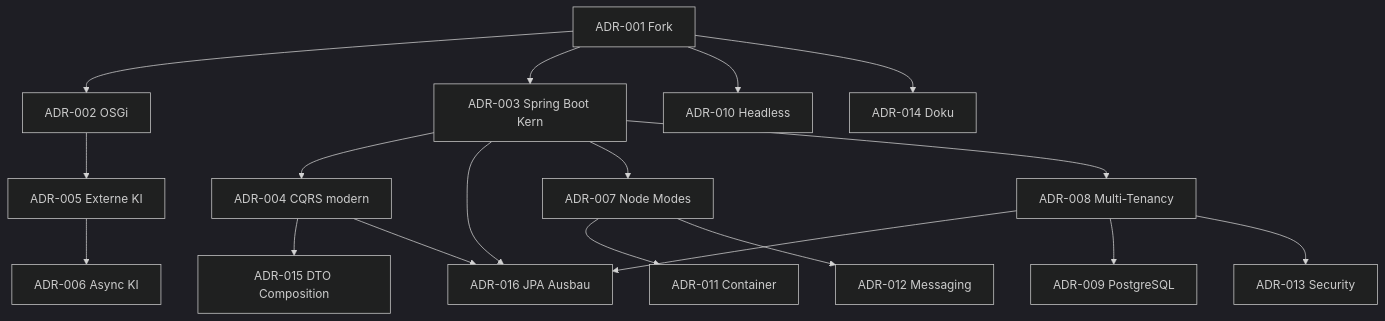
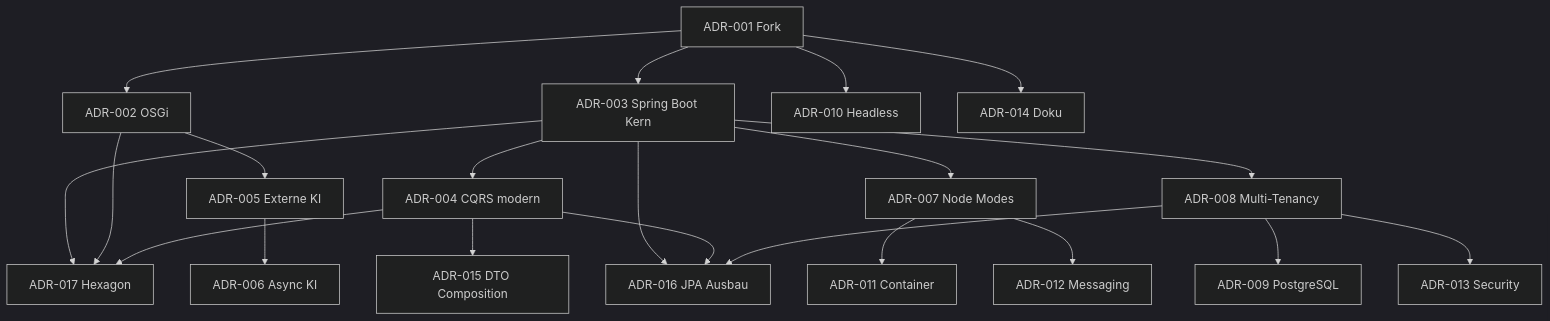
The diagram in docs/arc42/08_design_decisions.md (RainerMaxWallscheid/fineract-osgi), drawn with Mermaid (dark theme) before and after one commit. The commit also changed other lines of this file and 9 other files, not shown here.

First line of the commit message:
docs(arc42): introduce hexagonal architecture (ADR-017)

````diff
--- a/docs/arc42/08_design_decisions.md
+++ b/docs/arc42/08_design_decisions.md
@@ -43,20 +44,23 @@
 ```mermaid
 flowchart TB
     ADR001[ADR-001 Fork] --> ADR002[ADR-002 OSGi]
     ADR001 --> ADR003[ADR-003 Spring Boot Kern]
     ADR003 --> ADR004[ADR-004 CQRS modern]
     ADR004 --> ADR015[ADR-015 DTO Composition]
     ADR003 --> ADR016[ADR-016 JPA Ausbau]
     ADR004 --> ADR016
     ADR008 --> ADR016
+    ADR003 --> ADR017[ADR-017 Hexagon]
+    ADR002 --> ADR017
+    ADR004 --> ADR017
     ADR002 --> ADR005[ADR-005 Externe KI]
     ADR005 --> ADR006[ADR-006 Async KI]
     ADR003 --> ADR007[ADR-007 Node Modes]
     ADR003 --> ADR008[ADR-008 Multi-Tenancy]
     ADR008 --> ADR009[ADR-009 PostgreSQL]
     ADR001 --> ADR010[ADR-010 Headless]
     ADR007 --> ADR011[ADR-011 Container]
     ADR007 --> ADR012[ADR-012 Messaging]
     ADR008 --> ADR013[ADR-013 Security]
     ADR001 --> ADR014[ADR-014 Doku]
 ```
````
